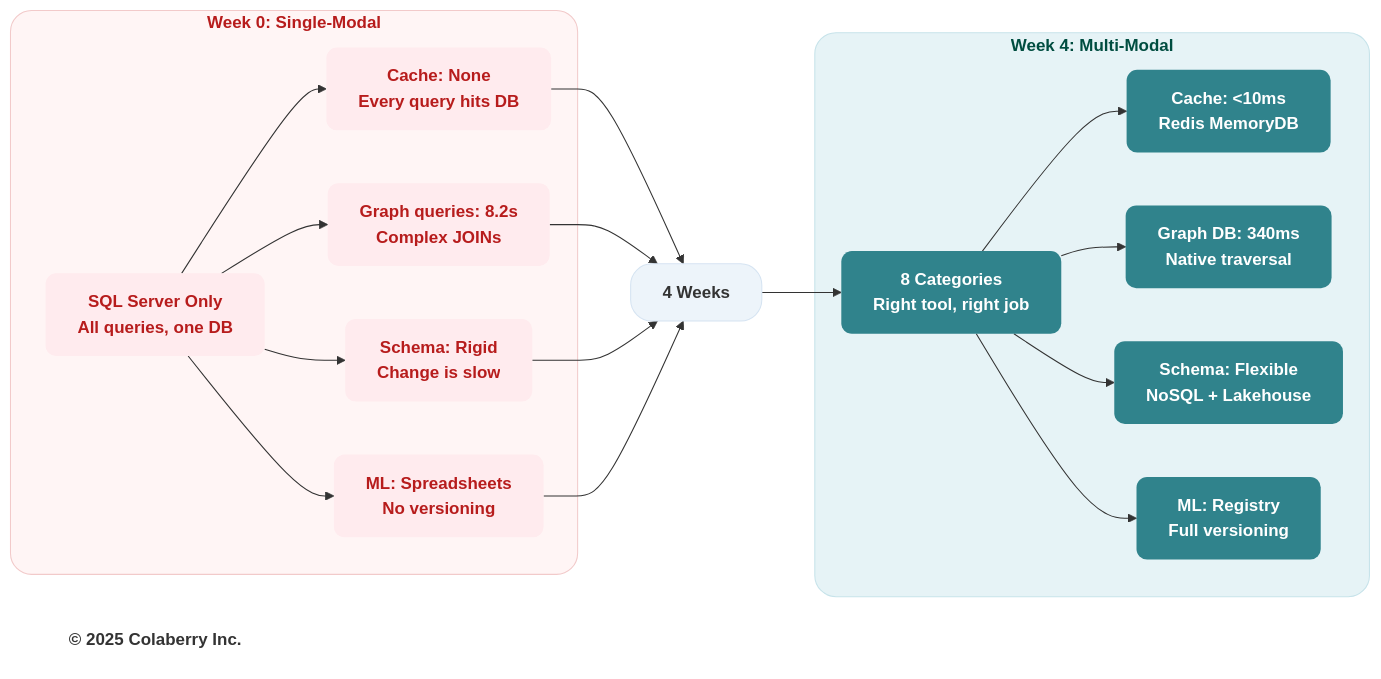
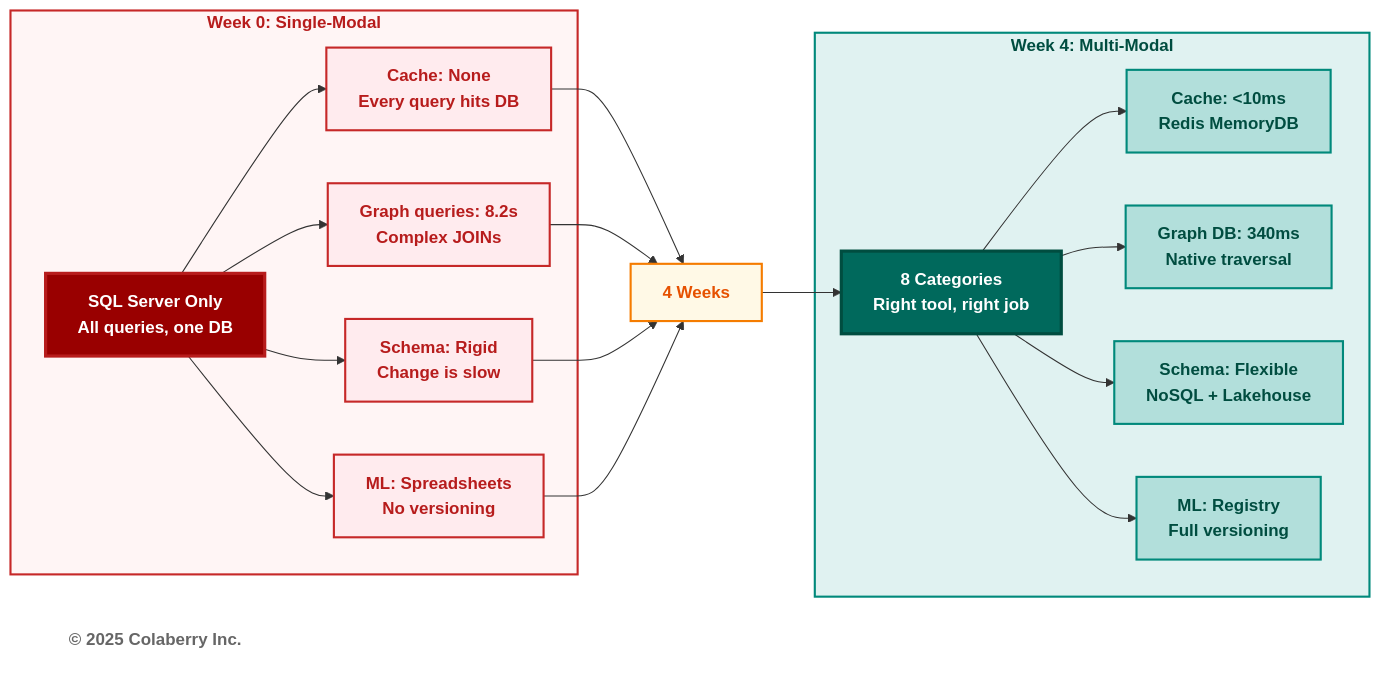
The sixth of 11 diagrams in manuscript/05_chapter_4_foundation_layers.md (saitejesh-cyber/trust-before-intelligence-book), drawn with Mermaid before and after one commit. The commit also changed other lines of this file and 12 other files, not shown here.

Commit message:
Restore legacy Mermaid styles for Option 1

````diff
--- a/manuscript/05_chapter_4_foundation_layers.md
+++ b/manuscript/05_chapter_4_foundation_layers.md
@@ -646,51 +640,51 @@
 ```mermaid
 graph LR
     subgraph BEFORE["<b>Week 0: Single-Modal</b>"]
         OLD["<b>SQL Server Only</b><br/><b>All queries, one DB</b>"]
         P1["<b>Cache: None</b><br/><b>Every query hits DB</b>"]
         P2["<b>Graph queries: 8.2s</b><br/><b>Complex JOINs</b>"]
         P3["<b>Schema: Rigid</b><br/><b>Change is slow</b>"]
         P4["<b>ML: Spreadsheets</b><br/><b>No versioning</b>"]
     end
     
     TRANSFORM["<b>4 Weeks</b>"]
     
     subgraph AFTER["<b>Week 4: Multi-Modal</b>"]
         NEW["<b>8 Categories</b><br/><b>Right tool, right job</b>"]
         S1["<b>Cache: &lt;10ms</b><br/><b>Redis MemoryDB</b>"]
         S2["<b>Graph DB: 340ms</b><br/><b>Native traversal</b>"]
         S3["<b>Schema: Flexible</b><br/><b>NoSQL + Lakehouse</b>"]
         S4["<b>ML: Registry</b><br/><b>Full versioning</b>"]
     end
     
     Copyright["<b>© 2025 Colaberry Inc.</b>"]
 
     OLD --> P1
     OLD --> P2
     OLD --> P3
     OLD --> P4
     P1 --> TRANSFORM
     P2 --> TRANSFORM
     P3 --> TRANSFORM
     P4 --> TRANSFORM
     TRANSFORM --> NEW
     NEW --> S1
     NEW --> S2
     NEW --> S3
     NEW --> S4
- 
-    style BEFORE fill:#fff5f5,stroke:#f2caca,stroke-width:1px,color:#b71c1c,rx:20,ry:20
-    style OLD fill:#ffebee,stroke:none,color:#b71c1c,rx:10,ry:10
-    style P1 fill:#ffebee,stroke:none,color:#b71c1c,rx:10,ry:10
-    style P2 fill:#ffebee,stroke:none,color:#b71c1c,rx:10,ry:10
-    style P3 fill:#ffebee,stroke:none,color:#b71c1c,rx:10,ry:10
-    style P4 fill:#ffebee,stroke:none,color:#b71c1c,rx:10,ry:10
-    style TRANSFORM fill:#edf4fa,stroke:#d6e4f2,stroke-width:1px,color:#333333,rx:20,ry:20
-    style AFTER fill:#e6f3f6,stroke:#c7e3ea,stroke-width:1px,color:#004d40,rx:20,ry:20
-    style NEW fill:#30838C,stroke:none,color:#ffffff,rx:10,ry:10
-    style S1 fill:#30838C,stroke:none,color:#ffffff,rx:10,ry:10
-    style S2 fill:#30838C,stroke:none,color:#ffffff,rx:10,ry:10
-    style S3 fill:#30838C,stroke:none,color:#ffffff,rx:10,ry:10
-    style S4 fill:#30838C,stroke:none,color:#ffffff,rx:10,ry:10
-    style Copyright fill:none,stroke:none,color:#333333
+
+    style BEFORE fill:#fff5f5,stroke:#c62828,stroke-width:2px,color:#b71c1c
+    style OLD fill:#990000,color:#ffffff,stroke:#b71c1c,stroke-width:3px
+    style P1 fill:#ffebee,stroke:#c62828,stroke-width:2px,color:#b71c1c
+    style P2 fill:#ffebee,stroke:#c62828,stroke-width:2px,color:#b71c1c
+    style P3 fill:#ffebee,stroke:#c62828,stroke-width:2px,color:#b71c1c
+    style P4 fill:#ffebee,stroke:#c62828,stroke-width:2px,color:#b71c1c
+    style TRANSFORM fill:#fff9e6,stroke:#f57c00,stroke-width:2px,color:#e65100
+    style AFTER fill:#e0f2f1,stroke:#00897b,stroke-width:2px,color:#004d40
+    style NEW fill:#00695c,color:#ffffff,stroke:#004d40,stroke-width:3px
+    style S1 fill:#b2dfdb,stroke:#00897b,stroke-width:2px,color:#004d40
+    style S2 fill:#b2dfdb,stroke:#00897b,stroke-width:2px,color:#004d40
+    style S3 fill:#b2dfdb,stroke:#00897b,stroke-width:2px,color:#004d40
+    style S4 fill:#b2dfdb,stroke:#00897b,stroke-width:2px,color:#004d40
+    style Copyright fill:#ffffff,stroke:none,color:#666666
 ```
````
